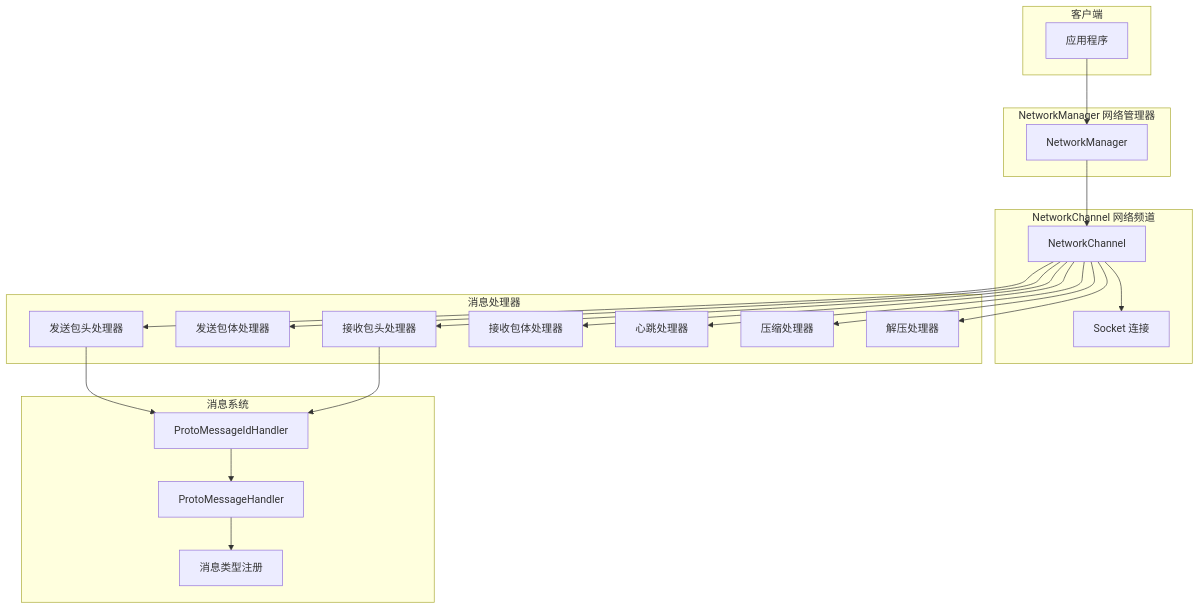
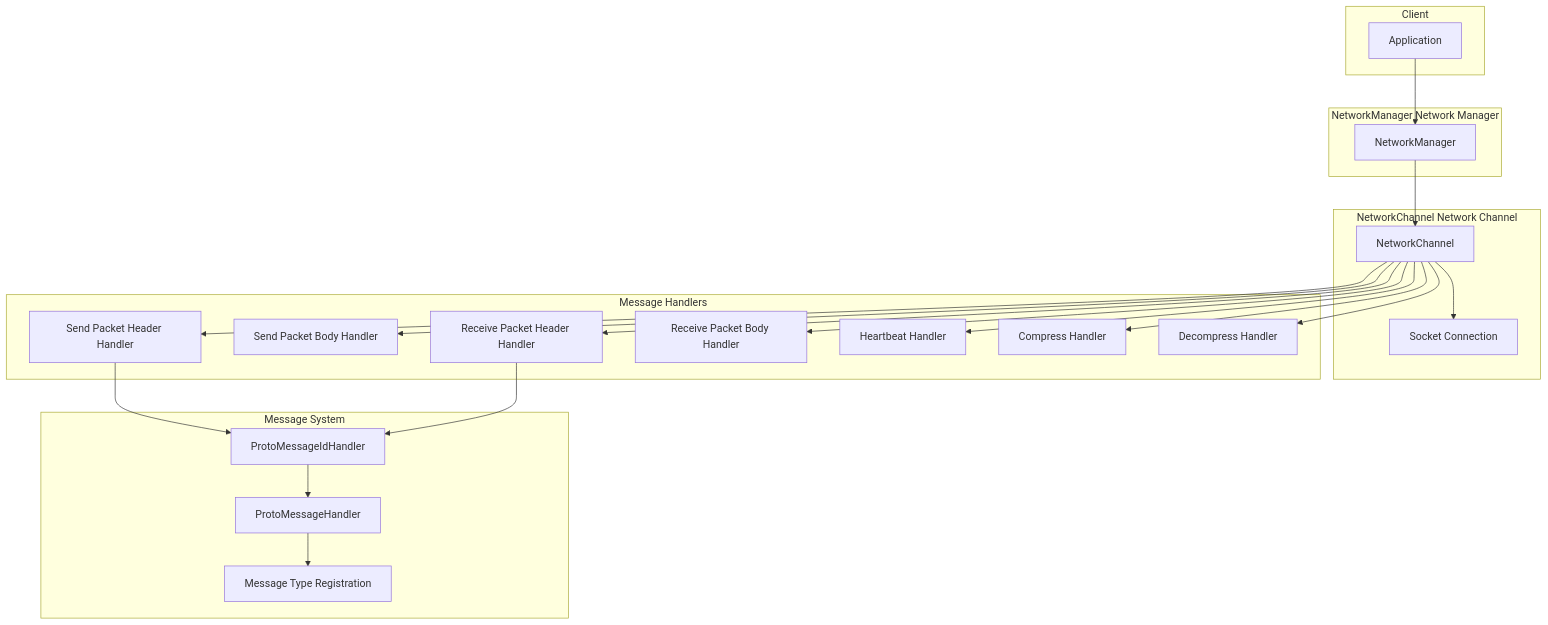
The first of 3 diagrams in docs/en/client/unity/component/network/03.getting-started.md (AlianBlank/GameFrameX.Docs), drawn with Mermaid before and after one commit. The commit also changed other lines of this file and 242 other files, not shown here.

````diff
--- a/docs/en/client/unity/component/network/03.getting-started.md
+++ b/docs/en/client/unity/component/network/03.getting-started.md
@@ -16,46 +16,46 @@
 ```mermaid
 graph TD
-    subgraph Client["客户端"]
-        App[应用程序]
+    subgraph Client["Client"]
+        App[Application]
     end
 
-    subgraph NetworkManager["NetworkManager 网络管理器"]
+    subgraph NetworkManager["NetworkManager Network Manager"]
         NM[NetworkManager]
     end
 
-    subgraph NetworkChannel["NetworkChannel 网络频道"]
+    subgraph NetworkChannel["NetworkChannel Network Channel"]
         NC[NetworkChannel]
-        Socket[Socket 连接]
+        Socket[Socket Connection]
     end
 
-    subgraph Handlers["消息处理器"]
-        SendHeader[发送包头处理器]
-        SendBody[发送包体处理器]
-        RecvHeader[接收包头处理器]
-        RecvBody[接收包体处理器]
-        HeartBeat[心跳处理器]
-        Compress[压缩处理器]
-        Decompress[解压处理器]
+    subgraph Handlers["Message Handlers"]
+        SendHeader[Send Packet Header Handler]
+        SendBody[Send Packet Body Handler]
+        RecvHeader[Receive Packet Header Handler]
+        RecvBody[Receive Packet Body Handler]
+        HeartBeat[Heartbeat Handler]
+        Compress[Compress Handler]
+        Decompress[Decompress Handler]
     end
 
-    subgraph Message["消息系统"]
+    subgraph Message["Message System"]
         ProtoId[ProtoMessageIdHandler]
         ProtoHandler[ProtoMessageHandler]
-        MsgTypes[消息类型注册]
+        MsgTypes[Message Type Registration]
     end
 
     App --> NM
     NM --> NC
     NC --> Socket
     NC --> SendHeader
     NC --> SendBody
     NC --> RecvHeader
     NC --> RecvBody
     NC --> HeartBeat
     NC --> Compress
     NC --> Decompress
     SendHeader --> ProtoId
     RecvHeader --> ProtoId
     ProtoId --> ProtoHandler
     ProtoHandler --> MsgTypes
 ```
````
